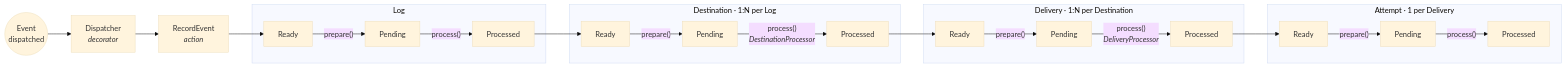
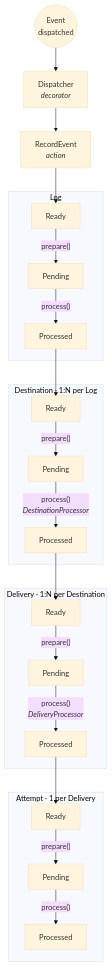
The first of 2 diagrams in README.md (AryeoHQ/event-log), drawn with Mermaid (base theme) before and after one commit. The commit also changed 117 other files, not shown here.

````diff
--- a/README.md
+++ b/README.md
@@ -5,37 +5,37 @@
 ```mermaid
-flowchart LR
+flowchart TB
     Event(("Event<br/>dispatched"))
     --> Dispatcher["Dispatcher<br/><i>decorator</i>"]
     --> RecordEvent["RecordEvent<br/><i>action</i>"]
     --> LogReady
 
     subgraph Log ["Log"]
         LogReady["Ready"]
         -- "prepare()" --> LogPending["Pending"]
         -- "process()" --> LogProcessed["Processed"]
     end
 
     LogProcessed --> DestReady
 
     subgraph Destination ["Destination · 1:N per Log"]
         DestReady["Ready"]
         -- "prepare()" --> DestPending["Pending"]
         -- "process()<br/><i>DestinationProcessor</i>" --> DestProcessed["Processed"]
     end
 
     DestProcessed --> DelReady
 
     subgraph Delivery ["Delivery · 1:N per Destination"]
         DelReady["Ready"]
         -- "prepare()" --> DelPending["Pending"]
         -- "process()<br/><i>DeliveryProcessor</i>" --> DelProcessed["Processed"]
     end
 
     DelProcessed --> AttReady
 
     subgraph Attempt ["Attempt · 1 per Delivery"]
         AttReady["Ready"]
         -- "prepare()" --> AttPending["Pending"]
         -- "process()" --> AttProcessed["Processed"]
     end
 ```
````
